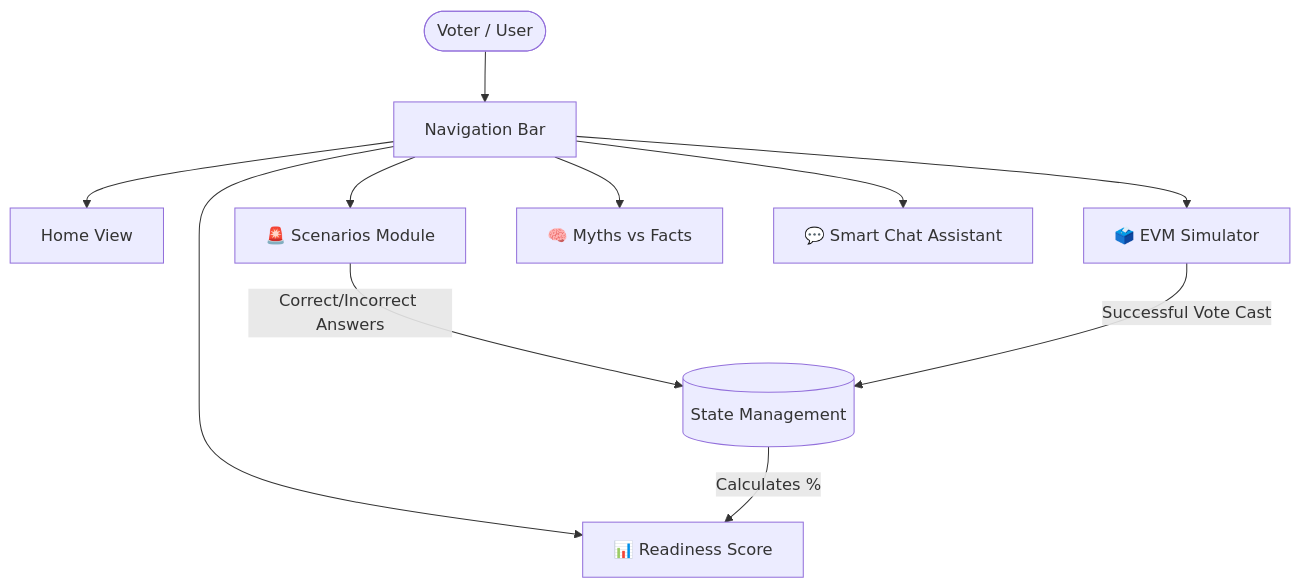
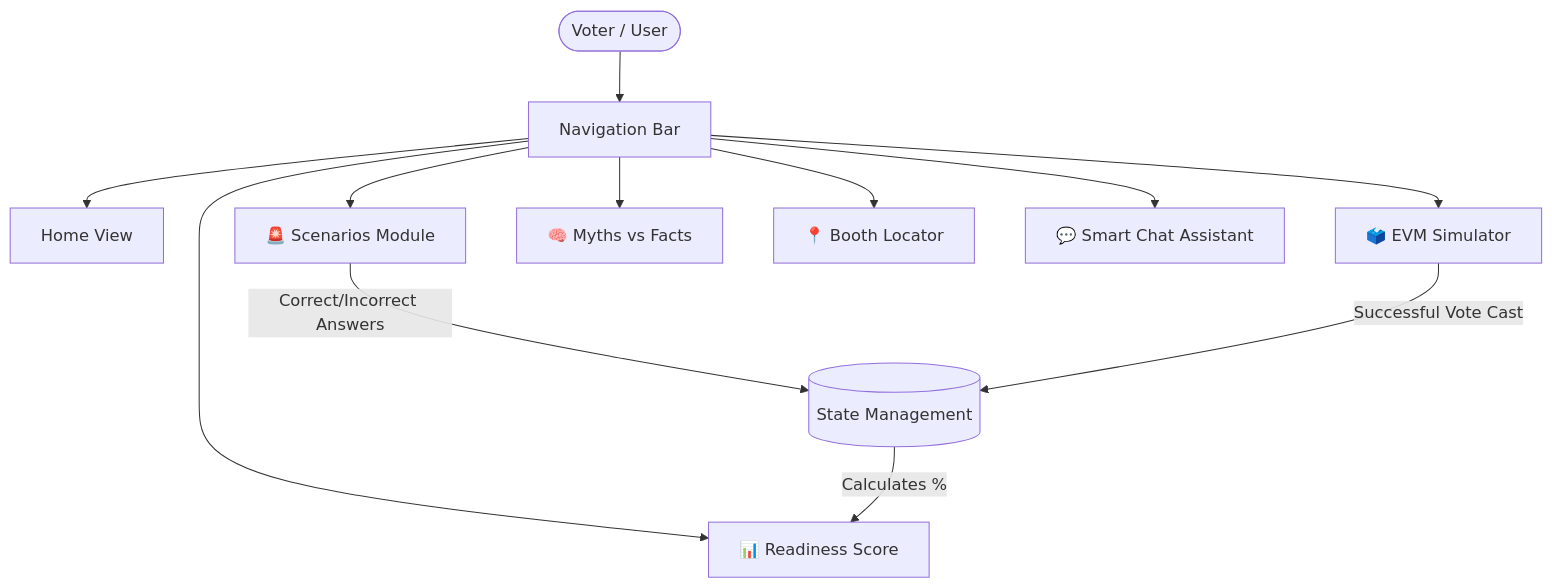
Before and after one commit to krishnaniaakash2468/VoterReady-Simulator: the first of 2 diagrams in README.md, drawn with Mermaid. The commit also changed other lines of this file, not shown here.

````diff
--- a/README.md
+++ b/README.md
@@ -69,16 +50,17 @@
 ```mermaid
 graph TD
     User([Voter / User]) --> Dashboard[Navigation Bar]
     
     Dashboard --> Home[Home View]
     Dashboard --> Scenarios[🚨 Scenarios Module]
     Dashboard --> EVM[🗳️ EVM Simulator]
     Dashboard --> Myths[🧠 Myths vs Facts]
+    Dashboard --> Locator[📍 Booth Locator]
     Dashboard --> Chat[💬 Smart Chat Assistant]
     Dashboard --> Score[📊 Readiness Score]
 
     Scenarios --> |"Correct/Incorrect Answers"| State[(State Management)]
     EVM --> |"Successful Vote Cast"| State
     
     State --> |"Calculates %"| Score
 ```
````
